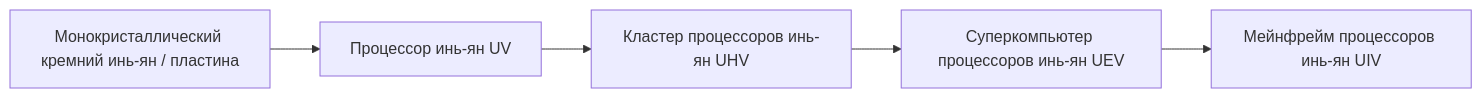
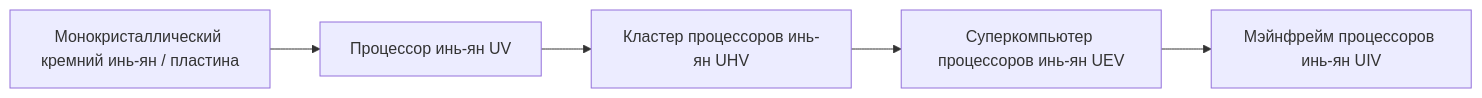
Before and after one commit to takanashisatou/GregtechEasy: the second of 2 diagrams in docs/ru/gtecore/circuits-and-materials.md, drawn with Mermaid. The commit also changed other lines of this file and 138 other files, not shown here.

````diff
--- a/docs/ru/gtecore/circuits-and-materials.md
+++ b/docs/ru/gtecore/circuits-and-materials.md
@@ -30,7 +30,7 @@
 ```mermaid
 graph LR
     A[Монокристаллический кремний инь-ян / пластина] --> B[Процессор инь-ян UV]
     B --> C[Кластер процессоров инь-ян UHV]
     C --> D[Суперкомпьютер процессоров инь-ян UEV]
-    D --> E[Мейнфрейм процессоров инь-ян UIV]
+    D --> E[Мэйнфрейм процессоров инь-ян UIV]
 ```
````
